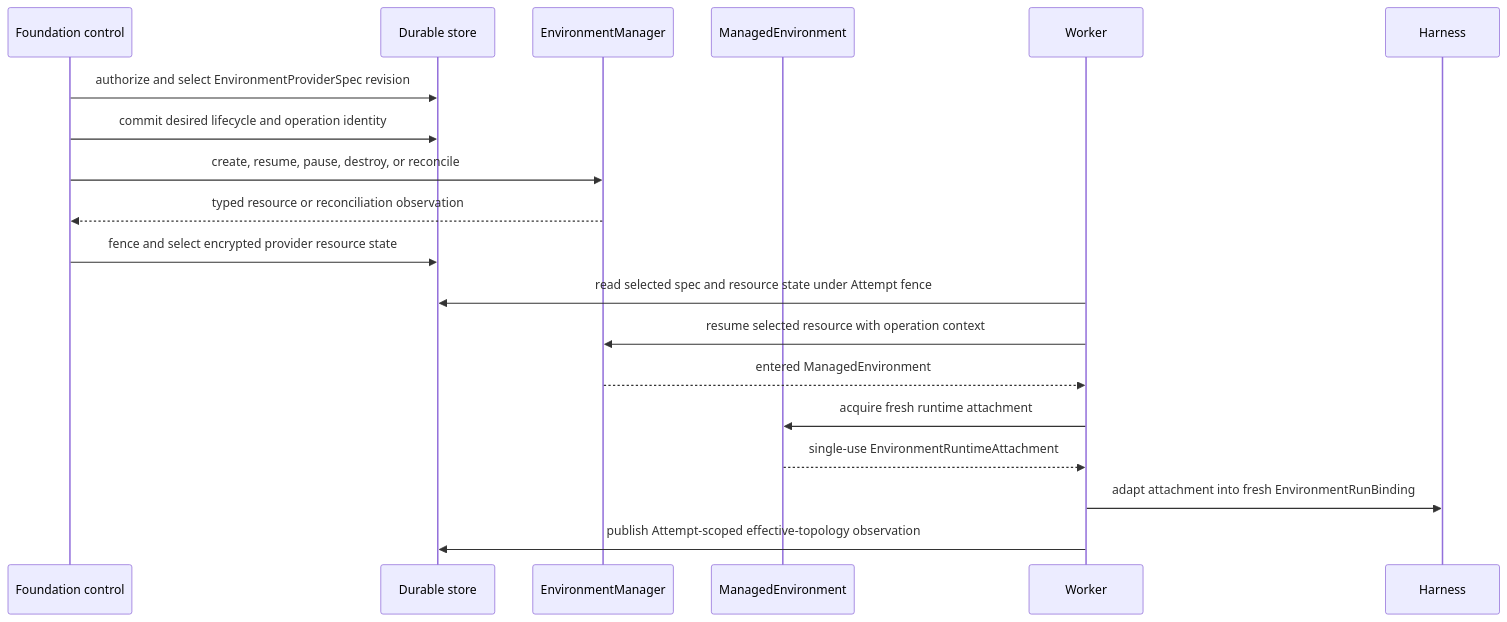
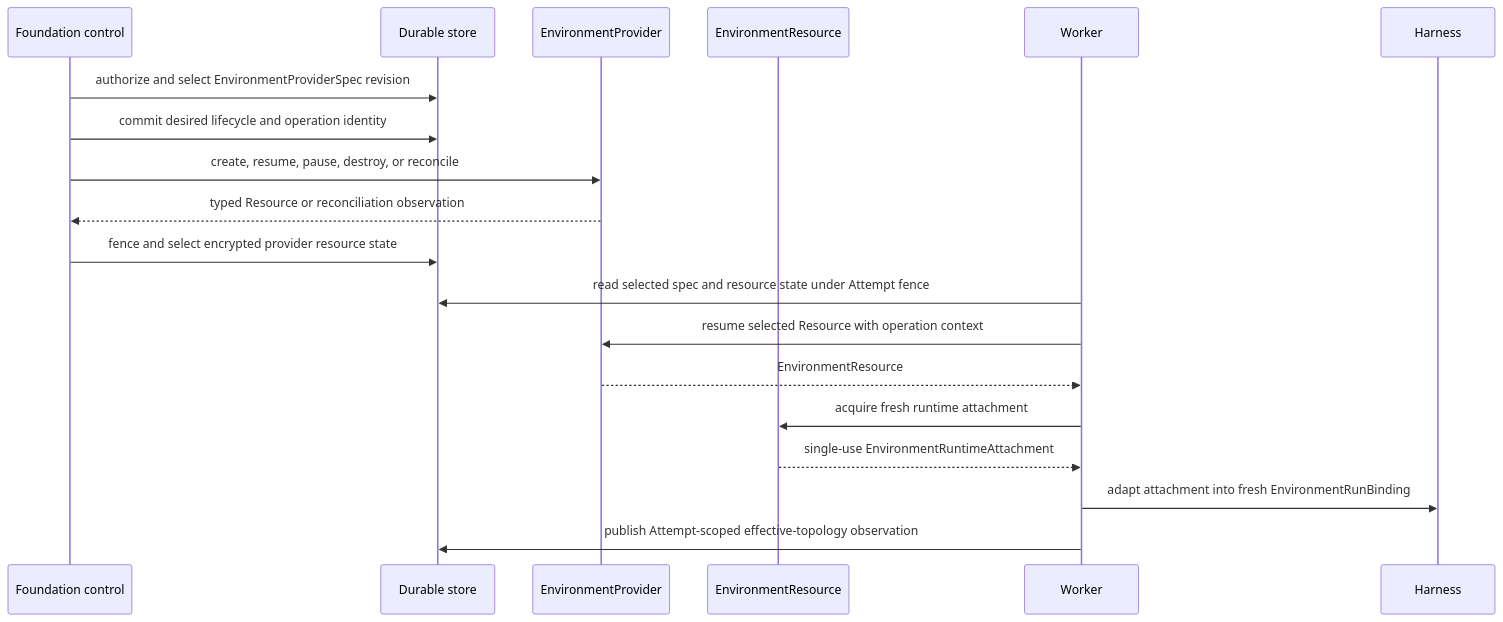
Before and after one commit to LTThreeComma/agent-foundation: the diagram in spec/foundation-service/16-environment-management.md, drawn with Mermaid. The commit also changed other lines of this file and 125 other files, not shown here.

````diff
--- a/spec/foundation-service/16-environment-management.md
+++ b/spec/foundation-service/16-environment-management.md
@@ -64,22 +64,22 @@
 ```mermaid
 sequenceDiagram
     participant Control as Foundation control
     participant DB as Durable store
-    participant Manager as EnvironmentManager
-    participant Resource as ManagedEnvironment
+    participant Provider as EnvironmentProvider
+    participant Resource as EnvironmentResource
     participant Worker
     participant Harness
 
     Control->>DB: authorize and select EnvironmentProviderSpec revision
     Control->>DB: commit desired lifecycle and operation identity
-    Control->>Manager: create, resume, pause, destroy, or reconcile
-    Manager-->>Control: typed resource or reconciliation observation
+    Control->>Provider: create, resume, pause, destroy, or reconcile
+    Provider-->>Control: typed Resource or reconciliation observation
     Control->>DB: fence and select encrypted provider resource state
     Worker->>DB: read selected spec and resource state under Attempt fence
-    Worker->>Manager: resume selected resource with operation context
-    Manager-->>Worker: entered ManagedEnvironment
+    Worker->>Provider: resume selected Resource with operation context
+    Provider-->>Worker: EnvironmentResource
     Worker->>Resource: acquire fresh runtime attachment
     Resource-->>Worker: single-use EnvironmentRuntimeAttachment
     Worker->>Harness: adapt attachment into fresh EnvironmentRunBinding
     Worker->>DB: publish Attempt-scoped effective-topology observation
 ```
````
